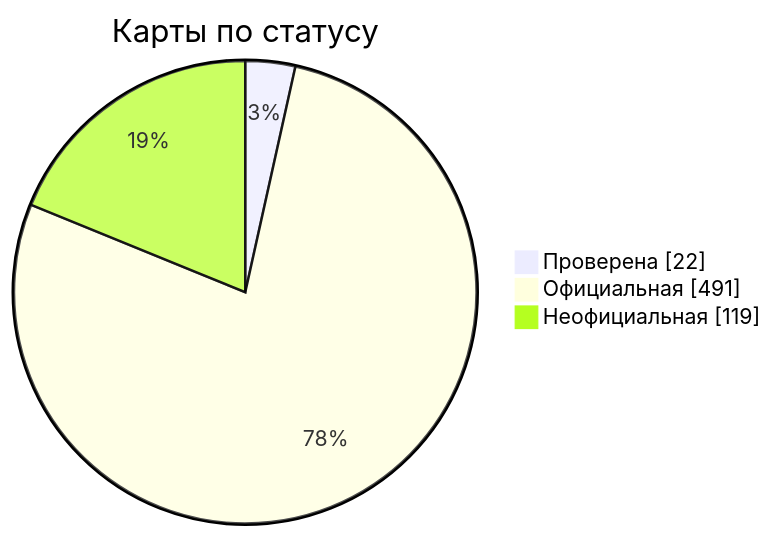
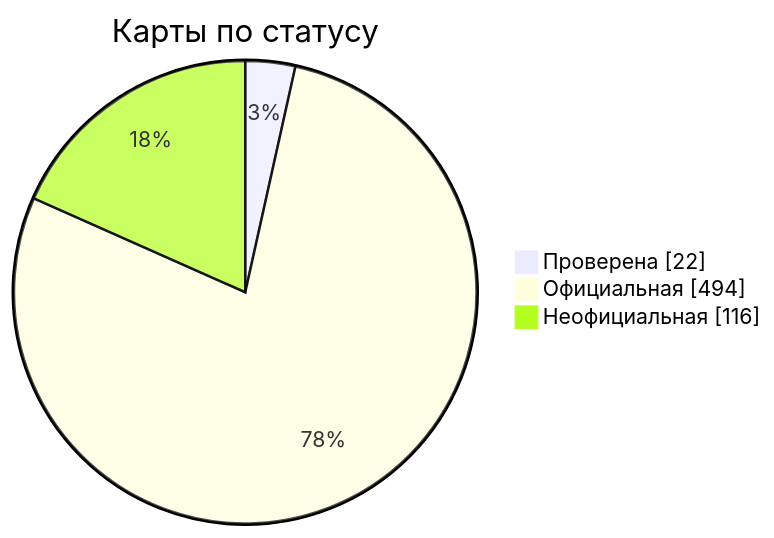
One commit to nobrega8/mbmap-library changed the diagram in docs/readme/README_RU.md. Above: the diagram before and after it, drawn with Mermaid. The commit also changed 8 other files, not shown here.

````diff
--- a/docs/readme/README_RU.md
+++ b/docs/readme/README_RU.md
@@ -54,7 +54,7 @@
 ```mermaid
 pie showData
     title Карты по статусу
     "Проверена" : 22
-    "Официальная" : 491
-    "Неофициальная" : 119
+    "Официальная" : 494
+    "Неофициальная" : 116
 ```
````
